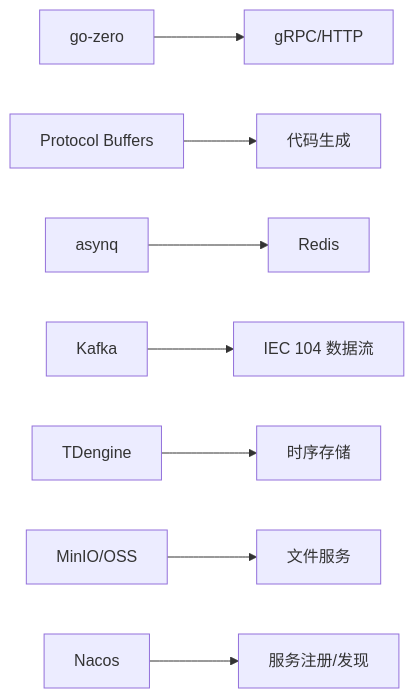
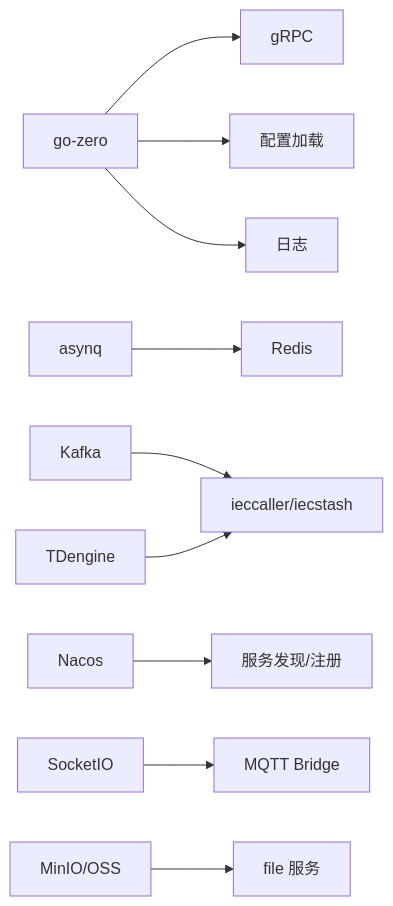
Before and after one commit to maomao94/zero-service: the sixth of 6 diagrams in .qoder/repowiki/zh/content/开发指南/开发指南.md, drawn with Mermaid. The commit also changed other lines of this file and 362 other files, not shown here.

````diff
--- a/.qoder/repowiki/zh/content/开发指南/开发指南.md
+++ b/.qoder/repowiki/zh/content/开发指南/开发指南.md
@@ -268,10 +306,12 @@
 ```mermaid
 graph LR
-GOZERO["go-zero"] --> RPC["gRPC/HTTP"]
-PROTO["Protocol Buffers"] --> GEN["代码生成"]
+GOZERO["go-zero"] --> GRPC["gRPC"]
+GOZERO --> CONF["配置加载"]
+GOZERO --> LOG["日志"]
 ASYNQ["asynq"] --> REDIS["Redis"]
-KAFKA["Kafka"] --> IEC["IEC 104 数据流"]
-TD["TDengine"] --> STORE["时序存储"]
-MINIO["MinIO/OSS"] --> FILE["文件服务"]
-NACOS["Nacos"] --> REG["服务注册/发现"]
+KAFKA["Kafka"] --> IEC["ieccaller/iecstash"]
+TD["TDengine"] --> IEC
+NACOS["Nacos"] --> DISCOVERY["服务发现/注册"]
+SOCKETIO["SocketIO"] --> MQTTS["MQTT Bridge"]
+MINIO["MinIO/OSS"] --> FILE["file 服务"]
 ```
````
